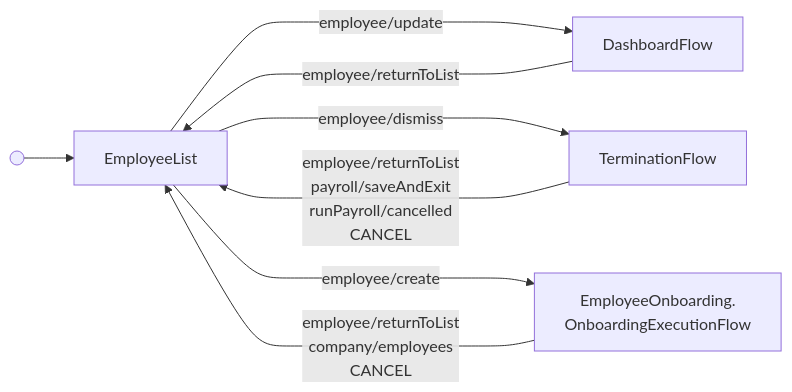
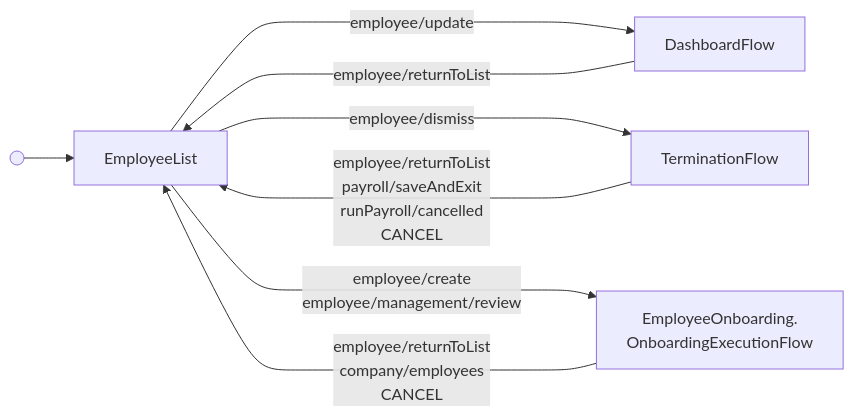
The diagram in docs/reference/employee/management/employee-list-flow.md (Gusto/embedded-react-sdk), drawn with Mermaid before and after one commit. The commit also changed other lines of this file and 19 other files, not shown here.

First line of the commit message:
feat: add Review employee action to the management employee list

````diff
--- a/docs/reference/employee/management/employee-list-flow.md
+++ b/docs/reference/employee/management/employee-list-flow.md
@@ -82,16 +83,16 @@
 ```mermaid
 flowchart LR
   start@{ shape: sm-circ } --> EmployeeList
 
   EmployeeList ---->|"employee/update"| DashboardFlow
   EmployeeList ---->|"employee/dismiss"| TerminationFlow
-  EmployeeList ---->|"employee/create"| OnboardingExecutionFlow["EmployeeOnboarding.<br/>OnboardingExecutionFlow"]
+  EmployeeList ---->|"employee/create<br/>employee/management/review"| OnboardingExecutionFlow["EmployeeOnboarding.<br/>OnboardingExecutionFlow"]
 
   DashboardFlow -->|"employee/returnToList"| EmployeeList
   TerminationFlow -->|"employee/returnToList<br/>payroll/saveAndExit<br/>runPayroll/cancelled<br/>CANCEL"| EmployeeList
   OnboardingExecutionFlow -->|"employee/returnToList<br/>company/employees<br/>CANCEL"| EmployeeList
 
   class DashboardFlow flow
   class TerminationFlow flow
   class OnboardingExecutionFlow flow
 ```
````
